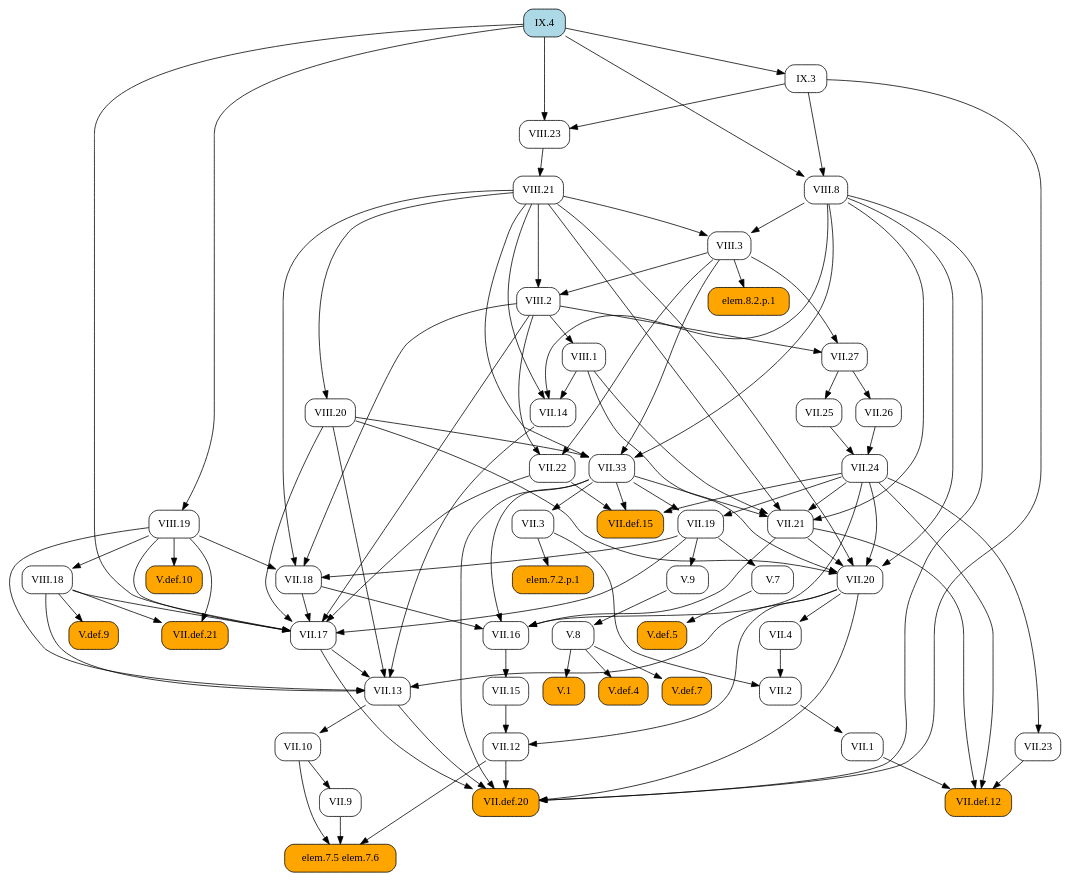
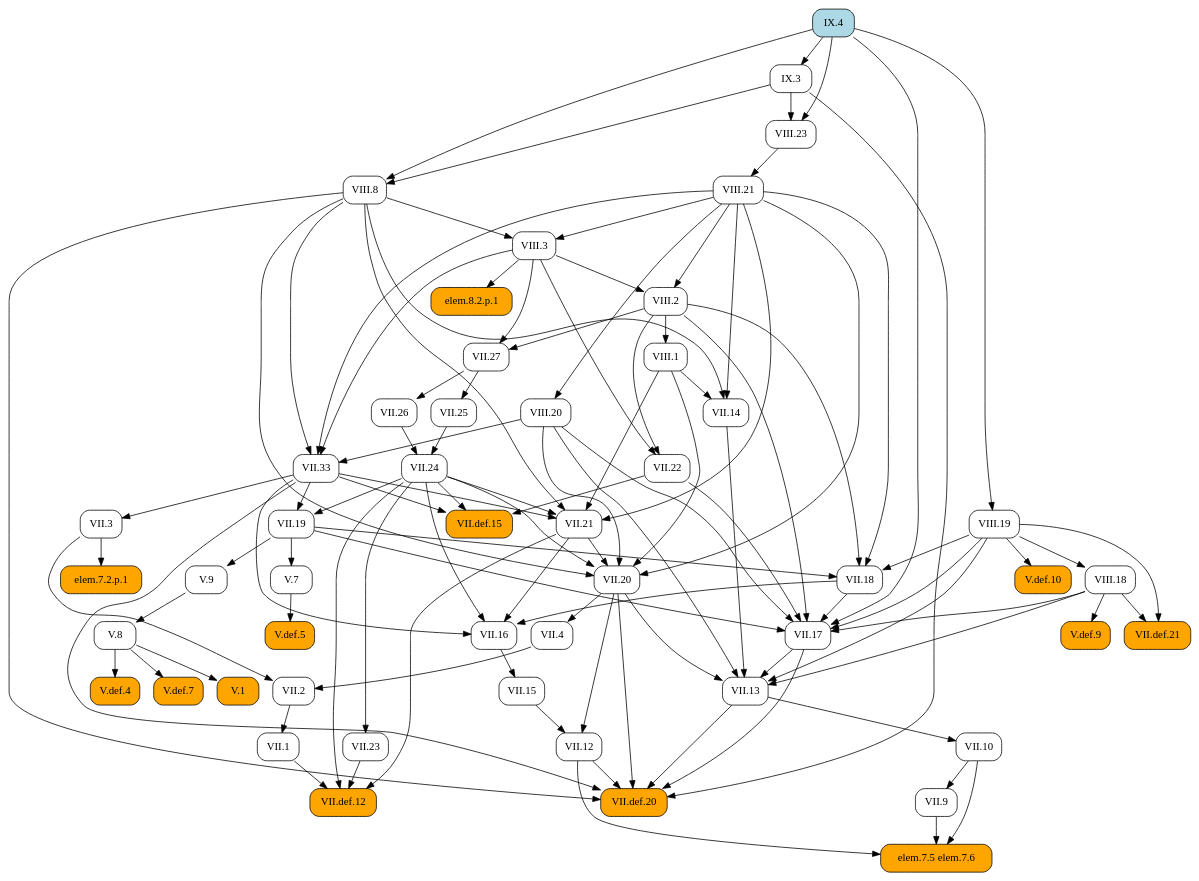
One commit to geometor/elements changed the diagram in docsrc/heath/IX/4/index.rst. Above: the diagram before and after it, drawn with Graphviz. The commit also changed other lines of this file and 1029 other files, not shown here.

```diff
--- a/docsrc/heath/IX/4/index.rst
+++ b/docsrc/heath/IX/4/index.rst
@@ -36,153 +36,62 @@
    digraph {
      rankdir="TB";
      node [shape=box, style=rounded];
-     "V.1" [style="rounded,filled", fillcolor=orange, URL="/heath/V/1/", target="_top"];
+     "VII.1" [URL="/heath/VII/1/", target="_top"];
+     "V.def.10" [style="rounded,filled", fillcolor=orange, URL="/heath/V/def.10/", target="_top"];
+     "VII.9" [URL="/heath/VII/9/", target="_top"];
+     "V.def.5" [style="rounded,filled", fillcolor=orange, URL="/heath/V/def.5/", target="_top"];
+     "IX.4" [style="rounded,filled", fillcolor=lightblue, URL="/heath/IX/4/", target="_top"];
+     "VIII.23" [URL="/heath/VIII/23/", target="_top"];
+     "VII.17" [URL="/heath/VII/17/", target="_top"];
+     "VII.3" [URL="/heath/VII/3/", target="_top"];
+     "elem.7.5 elem.7.6" [style="rounded,filled", fillcolor=orange];
+     "VII.def.21" [style="rounded,filled", fillcolor=orange, URL="/heath/VII/def.21/", target="_top"];
+     "IX.3" [URL="/heath/IX/3/", target="_top"];
      "VIII.21" [URL="/heath/VIII/21/", target="_top"];
+     "VIII.19" [URL="/heath/VIII/19/", target="_top"];
+     "V.7" [URL="/heath/V/7/", target="_top"];
+     "V.9" [URL="/heath/V/9/", target="_top"];
+     "VII.13" [URL="/heath/VII/13/", target="_top"];
+     "VII.2" [URL="/heath/VII/2/", target="_top"];
+     "VIII.1" [URL="/heath/VIII/1/", target="_top"];
+     "VIII.2" [URL="/heath/VIII/2/", target="_top"];
      "VII.12" [URL="/heath/VII/12/", target="_top"];
-     "VII.14" [URL="/heath/VII/14/", target="_top"];
-     "VII.13" [URL="/heath/VII/13/", target="_top"];
-     "VII.16" [URL="/heath/VII/16/", target="_top"];
-     "V.def.4" [style="rounded,filled", fillcolor=orange, URL="/heath/V/def.4/", target="_top"];
+     "VII.24" [URL="/heath/VII/24/", target="_top"];
+     "VII.def.12" [style="rounded,filled", fillcolor=orange, URL="/heath/VII/def.12/", target="_top"];
+     "V.8" [URL="/heath/V/8/", target="_top"];
+     "VII.33" [URL="/heath/VII/33/", target="_top"];
+     "V.def.9" [style="rounded,filled", fillcolor=orange, URL="/heath/V/def.9/", target="_top"];
+     "elem.7.2.p.1" [style="rounded,filled", fillcolor=orange];
+     "VIII.18" [URL="/heath/VIII/18/", target="_top"];
+     "VII.10" [URL="/heath/VII/10/", target="_top"];
      "VII.def.15" [style="rounded,filled", fillcolor=orange, URL="/heath/VII/def.15/", target="_top"];
      "VII.18" [URL="/heath/VII/18/", target="_top"];
-     "V.8" [URL="/heath/V/8/", target="_top"];
+     "VII.19" [URL="/heath/VII/19/", target="_top"];
+     "VII.16" [URL="/heath/VII/16/", target="_top"];
+     "VII.26" [URL="/heath/VII/26/", target="_top"];
+     "VII.4" [URL="/heath/VII/4/", target="_top"];
+     "VII.25" [URL="/heath/VII/25/", target="_top"];
      "VII.21" [URL="/heath/VII/21/", target="_top"];
+     "V.1" [style="rounded,filled", fillcolor=orange, URL="/heath/V/1/", target="_top"];
+     "VII.20" [URL="/heath/VII/20/", target="_top"];
+     "VIII.8" [URL="/heath/VIII/8/", target="_top"];
+     "VII.14" [URL="/heath/VII/14/", target="_top"];
+     "VII.27" [URL="/heath/VII/27/", target="_top"];
+     "VIII.3" [URL="/heath/VIII/3/", target="_top"];
+     "V.def.4" [style="rounded,filled", fillcolor=orange, URL="/heath/V/def.4/", target="_top"];
+     "VII.22" [URL="/heath/VII/22/", target="_top"];
      "VIII.20" [URL="/heath/VIII/20/", target="_top"];
-     "V.7" [URL="/heath/V/7/", target="_top"];
-     "VII.def.12" [style="rounded,filled", fillcolor=orange, URL="/heath/VII/def.12/", target="_top"];
+     "V.def.7" [style="rounded,filled", fillcolor=orange, URL="/heath/V/def.7/", target="_top"];
+     "VII.23" [URL="/heath/VII/23/", target="_top"];
      "VII.15" [URL="/heath/VII/15/", target="_top"];
-     "VIII.18" [URL="/heath/VIII/18/", target="_top"];
-     "VII.2" [URL="/heath/VII/2/", target="_top"];
      "VII.def.20" [style="rounded,filled", fillcolor=orange, URL="/heath/VII/def.20/", target="_top"];
-     "VII.3" [URL="/heath/VII/3/", target="_top"];
-     "elem.7.5 elem.7.6" [style="rounded,filled", fillcolor=orange];
      "elem.8.2.p.1" [style="rounded,filled", fillcolor=orange];
-     "VII.10" [URL="/heath/VII/10/", target="_top"];
-     "VIII.23" [URL="/heath/VIII/23/", target="_top"];
-     "V.def.7" [style="rounded,filled", fillcolor=orange, URL="/heath/V/def.7/", target="_top"];
-     "V.def.9" [style="rounded,filled", fillcolor=orange, URL="/heath/V/def.9/", target="_top"];
-     "VII.20" [URL="/heath/VII/20/", target="_top"];
-     "IX.3" [URL="/heath/IX/3/", target="_top"];
-     "VIII.19" [URL="/heath/VIII/19/", target="_top"];
-     "V.def.10" [style="rounded,filled", fillcolor=orange, URL="/heath/V/def.10/", target="_top"];
-     "VII.9" [URL="/heath/VII/9/", target="_top"];
-     "VIII.1" [URL="/heath/VIII/1/", target="_top"];
-     "VII.25" [URL="/heath/VII/25/", target="_top"];
-     "VII.23" [URL="/heath/VII/23/", target="_top"];
-     "VIII.8" [URL="/heath/VIII/8/", target="_top"];
-     "VII.27" [URL="/heath/VII/27/", target="_top"];
-     "VIII.2" [URL="/heath/VIII/2/", target="_top"];
-     "IX.4" [style="rounded,filled", fillcolor=lightblue, URL="/heath/IX/4/", target="_top"];
-     "VII.24" [URL="/heath/VII/24/", target="_top"];
-     "VIII.3" [URL="/heath/VIII/3/", target="_top"];
-     "VII.19" [URL="/heath/VII/19/", target="_top"];
-     "VII.4" [URL="/heath/VII/4/", target="_top"];
-     "elem.7.2.p.1" [style="rounded,filled", fillcolor=orange];
-     "V.9" [URL="/heath/V/9/", target="_top"];
-     "VII.26" [URL="/heath/VII/26/", target="_top"];
-     "VII.1" [URL="/heath/VII/1/", target="_top"];
-     "VII.22" [URL="/heath/VII/22/", target="_top"];
-     "VII.33" [URL="/heath/VII/33/", target="_top"];
-     "VII.def.21" [style="rounded,filled", fillcolor=orange, URL="/heath/VII/def.21/", target="_top"];
-     "V.def.5" [style="rounded,filled", fillcolor=orange, URL="/heath/V/def.5/", target="_top"];
-     "VII.17" [URL="/heath/VII/17/", target="_top"];
-     "V.8" -> "V.1";
-     "VIII.23" -> "VIII.21";
-     "VII.15" -> "VII.12";
-     "VII.20" -> "VII.12";
-     "VIII.1" -> "VII.14";
-     "VIII.8" -> "VII.14";
-     "VIII.21" -> "VII.14";
-     "VII.14" -> "VII.13";
-     "VII.17" -> "VII.13";
-     "VII.20" -> "VII.13";
-     "VIII.18" -> "VII.13";
-     "VIII.19" -> "VII.13";
-     "VIII.20" -> "VII.13";
-     "VII.18" -> "VII.16";
-     "VII.21" -> "VII.16";
-     "VII.24" -> "VII.16";
-     "VII.33" -> "VII.16";
-     "V.8" -> "V.def.4";
-     "VII.22" -> "VII.def.15";
-     "VII.24" -> "VII.def.15";
-     "VII.33" -> "VII.def.15";
-     "VII.19" -> "VII.18";
-     "VIII.2" -> "VII.18";
-     "VIII.19" -> "VII.18";
-     "VIII.21" -> "VII.18";
-     "V.9" -> "V.8";
-     "VII.24" -> "VII.21";
-     "VII.33" -> "VII.21";
-     "VIII.1" -> "VII.21";
-     "VIII.8" -> "VII.21";
-     "VIII.21" -> "VII.21";
-     "VIII.21" -> "VIII.20";
-     "VII.19" -> "V.7";
-     "VII.1" -> "VII.def.12";
-     "VII.21" -> "VII.def.12";
-     "VII.23" -> "VII.def.12";
-     "VII.24" -> "VII.def.12";
-     "VII.16" -> "VII.15";
-     "VIII.19" -> "VIII.18";
-     "VII.3" -> "VII.2";
-     "VII.4" -> "VII.2";
-     "VII.12" -> "VII.def.20";
-     "VII.13" -> "VII.def.20";
-     "VII.17" -> "VII.def.20";
-     "VII.20" -> "VII.def.20";
-     "VII.33" -> "VII.def.20";
-     "VIII.8" -> "VII.def.20";
-     "IX.3" -> "VII.def.20";
-     "VII.33" -> "VII.3";
-     "VII.9" -> "elem.7.5 elem.7.6";
-     "VII.10" -> "elem.7.5 elem.7.6";
-     "VII.12" -> "elem.7.5 elem.7.6";
-     "VIII.3" -> "elem.8.2.p.1";
-     "VII.13" -> "VII.10";
+     "VII.2" -> "VII.1";
+     "VIII.19" -> "V.def.10";
+     "VII.10" -> "VII.9";
+     "V.7" -> "V.def.5";
      "IX.3" -> "VIII.23";
      "IX.4" -> "VIII.23";
-     "V.8" -> "V.def.7";
-     "VIII.18" -> "V.def.9";
-     "VII.21" -> "VII.20";
-     "VII.24" -> "VII.20";
-     "VIII.1" -> "VII.20";
-     "VIII.8" -> "VII.20";
-     "VIII.20" -> "VII.20";
-     "VIII.21" -> "VII.20";
-     "IX.4" -> "IX.3";
-     "IX.4" -> "VIII.19";
-     "VIII.19" -> "V.def.10";
-     "VII.10" -> "VII.9";
-     "VIII.2" -> "VIII.1";
-     "VII.27" -> "VII.25";
-     "VII.24" -> "VII.23";
-     "IX.3" -> "VIII.8";
-     "IX.4" -> "VIII.8";
-     "VIII.2" -> "VII.27";
-     "VIII.3" -> "VII.27";
-     "VIII.3" -> "VIII.2";
-     "VIII.21" -> "VIII.2";
-     "VII.25" -> "VII.24";
-     "VII.26" -> "VII.24";
-     "VIII.8" -> "VIII.3";
-     "VIII.21" -> "VIII.3";
-     "VII.24" -> "VII.19";
-     "VII.33" -> "VII.19";
-     "VII.20" -> "VII.4";
-     "VII.3" -> "elem.7.2.p.1";
-     "VII.19" -> "V.9";
-     "VII.27" -> "VII.26";
-     "VII.2" -> "VII.1";
-     "VIII.2" -> "VII.22";
-     "VIII.3" -> "VII.22";
-     "VIII.3" -> "VII.33";
-     "VIII.8" -> "VII.33";
-     "VIII.20" -> "VII.33";
-     "VIII.21" -> "VII.33";
-     "VIII.18" -> "VII.def.21";
-     "VIII.19" -> "VII.def.21";
-     "V.7" -> "V.def.5";
      "VII.18" -> "VII.17";
      "VII.19" -> "VII.17";
      "VII.22" -> "VII.17";
@@ -191,4 +100,95 @@
      "VIII.19" -> "VII.17";
      "VIII.20" -> "VII.17";
      "IX.4" -> "VII.17";
+     "VII.33" -> "VII.3";
+     "VII.9" -> "elem.7.5 elem.7.6";
+     "VII.10" -> "elem.7.5 elem.7.6";
+     "VII.12" -> "elem.7.5 elem.7.6";
+     "VIII.18" -> "VII.def.21";
+     "VIII.19" -> "VII.def.21";
+     "IX.4" -> "IX.3";
+     "VIII.23" -> "VIII.21";
+     "IX.4" -> "VIII.19";
+     "VII.19" -> "V.7";
+     "VII.19" -> "V.9";
+     "VII.14" -> "VII.13";
+     "VII.17" -> "VII.13";
+     "VII.20" -> "VII.13";
+     "VIII.18" -> "VII.13";
+     "VIII.19" -> "VII.13";
+     "VIII.20" -> "VII.13";
+     "VII.3" -> "VII.2";
+     "VII.4" -> "VII.2";
+     "VIII.2" -> "VIII.1";
+     "VIII.3" -> "VIII.2";
+     "VIII.21" -> "VIII.2";
+     "VII.15" -> "VII.12";
+     "VII.20" -> "VII.12";
+     "VII.25" -> "VII.24";
+     "VII.26" -> "VII.24";
+     "VII.1" -> "VII.def.12";
+     "VII.21" -> "VII.def.12";
+     "VII.23" -> "VII.def.12";
+     "VII.24" -> "VII.def.12";
+     "V.9" -> "V.8";
+     "VIII.3" -> "VII.33";
+     "VIII.8" -> "VII.33";
+     "VIII.20" -> "VII.33";
+     "VIII.21" -> "VII.33";
+     "VIII.18" -> "V.def.9";
+     "VII.3" -> "elem.7.2.p.1";
+     "VIII.19" -> "VIII.18";
+     "VII.13" -> "VII.10";
+     "VII.22" -> "VII.def.15";
+     "VII.24" -> "VII.def.15";
+     "VII.33" -> "VII.def.15";
+     "VII.19" -> "VII.18";
+     "VIII.2" -> "VII.18";
+     "VIII.19" -> "VII.18";
+     "VIII.21" -> "VII.18";
+     "VII.24" -> "VII.19";
+     "VII.33" -> "VII.19";
+     "VII.18" -> "VII.16";
+     "VII.21" -> "VII.16";
+     "VII.24" -> "VII.16";
+     "VII.33" -> "VII.16";
+     "VII.27" -> "VII.26";
+     "VII.20" -> "VII.4";
+     "VII.27" -> "VII.25";
+     "VII.24" -> "VII.21";
+     "VII.33" -> "VII.21";
+     "VIII.1" -> "VII.21";
+     "VIII.8" -> "VII.21";
+     "VIII.21" -> "VII.21";
+     "V.8" -> "V.1";
+     "VII.21" -> "VII.20";
+     "VII.24" -> "VII.20";
+     "VIII.1" -> "VII.20";
+     "VIII.8" -> "VII.20";
+     "VIII.20" -> "VII.20";
+     "VIII.21" -> "VII.20";
+     "IX.3" -> "VIII.8";
+     "IX.4" -> "VIII.8";
+     "VIII.1" -> "VII.14";
+     "VIII.8" -> "VII.14";
+     "VIII.21" -> "VII.14";
+     "VIII.2" -> "VII.27";
+     "VIII.3" -> "VII.27";
+     "VIII.8" -> "VIII.3";
+     "VIII.21" -> "VIII.3";
+     "V.8" -> "V.def.4";
+     "VIII.2" -> "VII.22";
+     "VIII.3" -> "VII.22";
+     "VIII.21" -> "VIII.20";
+     "V.8" -> "V.def.7";
+     "VII.24" -> "VII.23";
+     "VII.16" -> "VII.15";
+     "VII.12" -> "VII.def.20";
+     "VII.13" -> "VII.def.20";
+     "VII.17" -> "VII.def.20";
+     "VII.20" -> "VII.def.20";
+     "VII.33" -> "VII.def.20";
+     "VIII.8" -> "VII.def.20";
+     "IX.3" -> "VII.def.20";
+     "VIII.3" -> "elem.8.2.p.1";
    }
```
